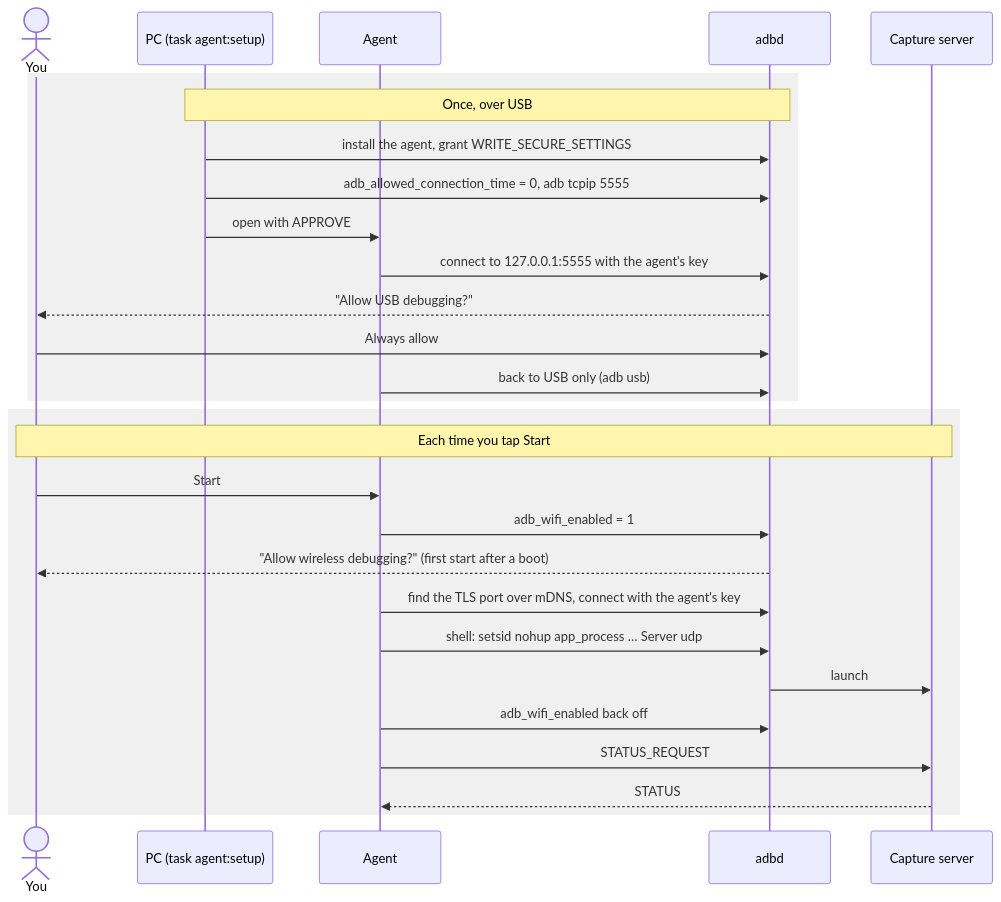
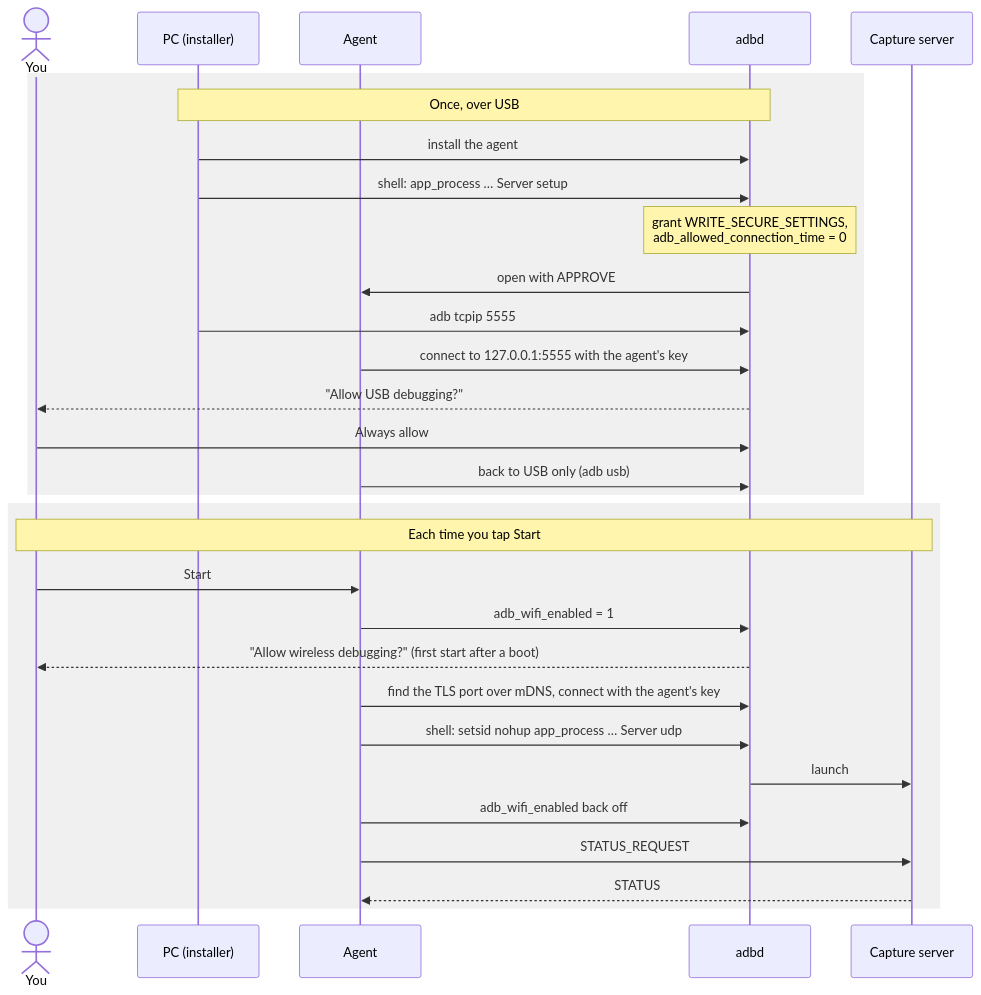
One commit to Trugamr/setu changed the second of 2 diagrams in README.md. Above: the diagram before and after it, drawn with Mermaid. The commit also changed other lines of this file and 26 other files, not shown here.

````diff
--- a/README.md
+++ b/README.md
@@ -108,32 +111,34 @@
 ```mermaid
 sequenceDiagram
   actor you as You
-  participant pc as PC (task agent:setup)
+  participant pc as PC (installer)
   participant agent as Agent
   participant adbd
   participant server as Capture server
 
   rect rgba(128, 128, 128, 0.12)
     note over pc, adbd: Once, over USB
-    pc ->> adbd: install the agent, grant WRITE_SECURE_SETTINGS
-    pc ->> adbd: adb_allowed_connection_time = 0, adb tcpip 5555
-    pc ->> agent: open with APPROVE
+    pc ->> adbd: install the agent
+    pc ->> adbd: shell: app_process … Server setup
+    note over adbd: grant WRITE_SECURE_SETTINGS,<br/>adb_allowed_connection_time = 0
+    adbd ->> agent: open with APPROVE
+    pc ->> adbd: adb tcpip 5555
     agent ->> adbd: connect to 127.0.0.1:5555 with the agent's key
     adbd -->> you: "Allow USB debugging?"
     you ->> adbd: Always allow
     agent ->> adbd: back to USB only (adb usb)
   end
 
   rect rgba(128, 128, 128, 0.12)
     note over you, server: Each time you tap Start
     you ->> agent: Start
     agent ->> adbd: adb_wifi_enabled = 1
     adbd -->> you: "Allow wireless debugging?" (first start after a boot)
     agent ->> adbd: find the TLS port over mDNS, connect with the agent's key
     agent ->> adbd: shell: setsid nohup app_process … Server udp
     adbd ->> server: launch
     agent ->> adbd: adb_wifi_enabled back off
     agent ->> server: STATUS_REQUEST
     server -->> agent: STATUS
   end
 ```
````
